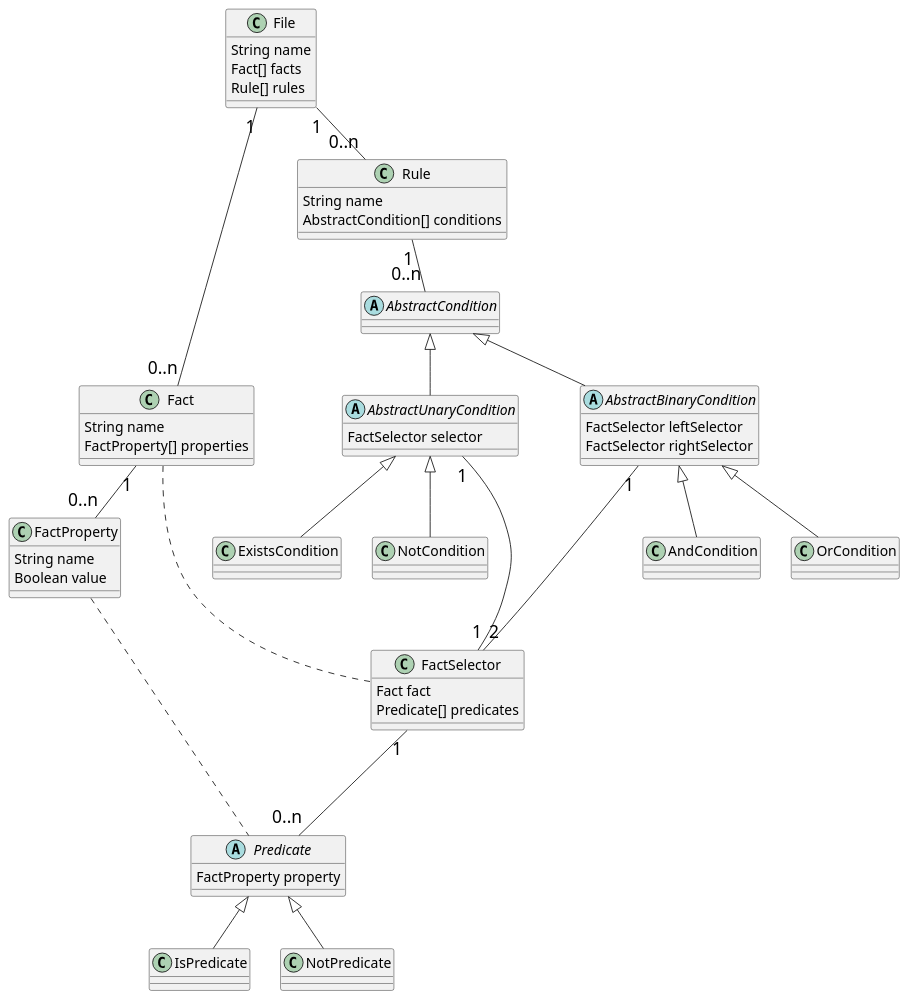
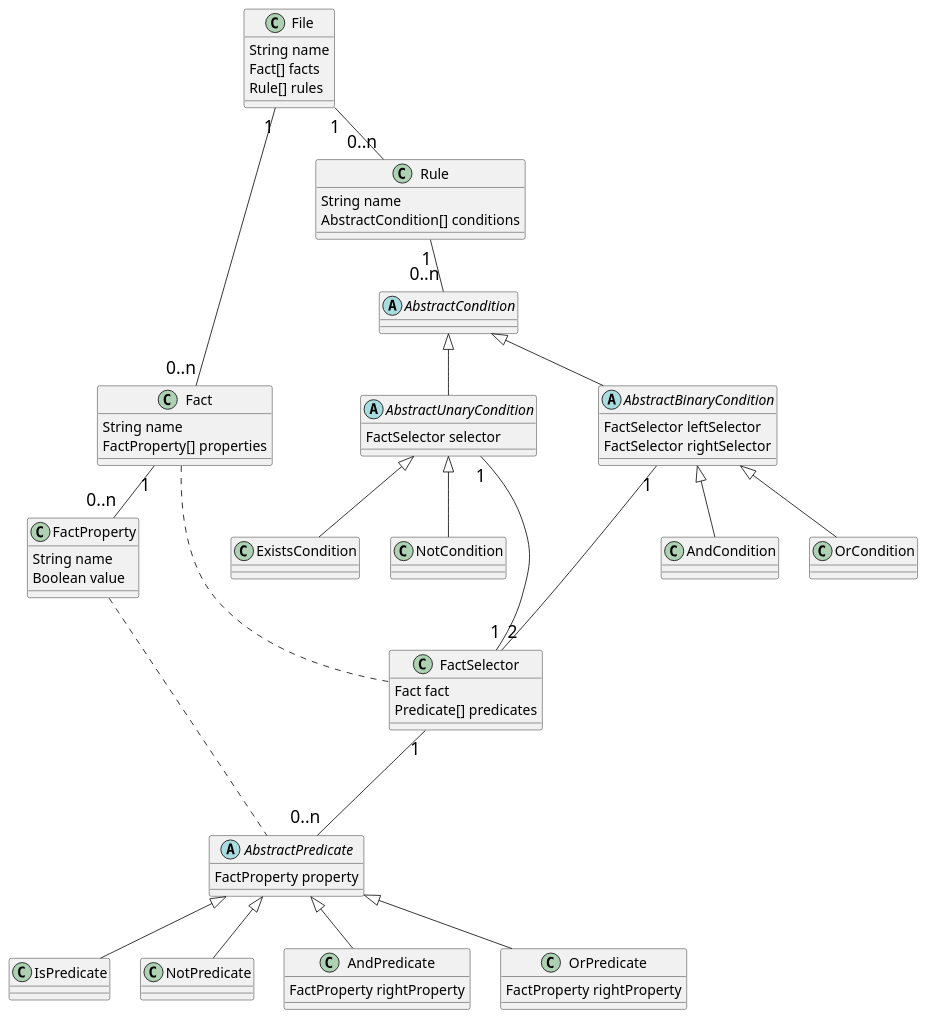
The diagram in Thesis/Sections/images/ReallySimpleRule.wsd (jewelEarthDeveloper/Thesis2021), drawn with PlantUML before and after one commit. The commit also changed 6 other files, not shown here.

```diff
--- a/Thesis/Sections/images/ReallySimpleRule.wsd
+++ b/Thesis/Sections/images/ReallySimpleRule.wsd
@@ -1,86 +1,96 @@
 @startuml "The Really Simple Rule Language"
     skinparam ClassFontSize 16
     skinparam ClassAttributeFontSize 16
     skinparam ArrowFontSize 20
  
     class File
         File : String name
         File : Fact[] facts
         File : Rule[] rules 
 
     class Fact
         Fact : String name
         Fact : FactProperty[] properties
     
     File "1" -- "0..n" Fact
 
     class FactProperty
         FactProperty : String name
         FactProperty : Boolean value 
 
     Fact "1" -- "0..n" FactProperty
 
     class Rule
         Rule : String name
         Rule : AbstractCondition[] conditions
 
     File "1" -- "0..n" Rule
 
     abstract class AbstractCondition
         
     Rule "1" -- "0..n" AbstractCondition
     
     abstract class AbstractUnaryCondition
         AbstractUnaryCondition : FactSelector selector
 
     AbstractCondition <|-- AbstractUnaryCondition
 
     class ExistsCondition
 
     AbstractUnaryCondition <|-- ExistsCondition
 
     class NotCondition
 
     AbstractUnaryCondition <|-- NotCondition
 
     abstract class AbstractBinaryCondition
         AbstractBinaryCondition : FactSelector leftSelector
         AbstractBinaryCondition : FactSelector rightSelector
 
 
     class FactSelector
         FactSelector : Fact fact
         FactSelector : Predicate[] predicates
 
     AbstractUnaryCondition "1" --- "1" FactSelector
     AbstractBinaryCondition "1" --- "2" FactSelector
     Fact ... FactSelector
     
     AbstractCondition <|-- AbstractBinaryCondition
 
     class AndCondition
 
     AbstractBinaryCondition <|-- AndCondition
 
     class OrCondition
 
     AbstractBinaryCondition <|-- OrCondition
 
-    abstract class Predicate
-        Predicate : FactProperty property
+    abstract class AbstractPredicate
+        AbstractPredicate : FactProperty property
 
-    FactSelector "1" --- "0..n" Predicate
-    FactProperty .... Predicate
+    FactSelector "1" --- "0..n" AbstractPredicate
+    FactProperty .... AbstractPredicate
     
     class IsPredicate
     
-    Predicate <|-- IsPredicate
+    AbstractPredicate <|-- IsPredicate
 
     class NotPredicate
 
-    Predicate <|-- NotPredicate
+    AbstractPredicate <|-- NotPredicate
+
+    class AndPredicate
+        AndPredicate : FactProperty rightProperty
+
+    AbstractPredicate <|-- AndPredicate
+
+    class OrPredicate
+        OrPredicate : FactProperty rightProperty
+
+    AbstractPredicate <|-- OrPredicate
     
     
         
 
 @enduml
```
